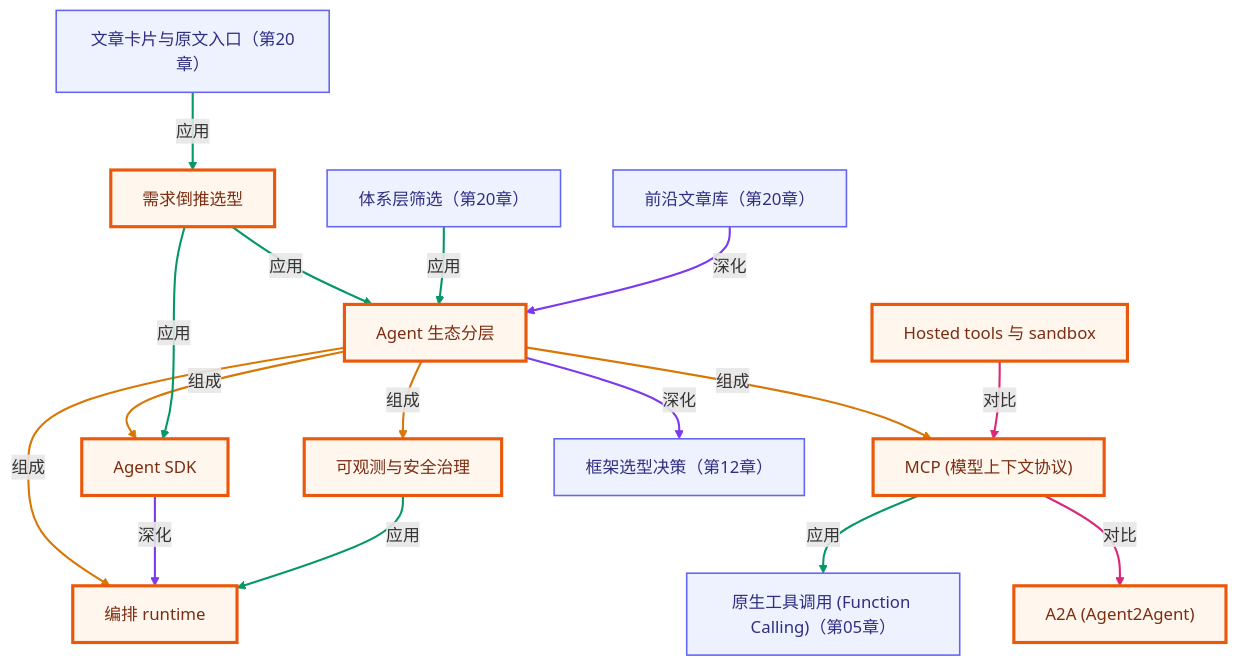
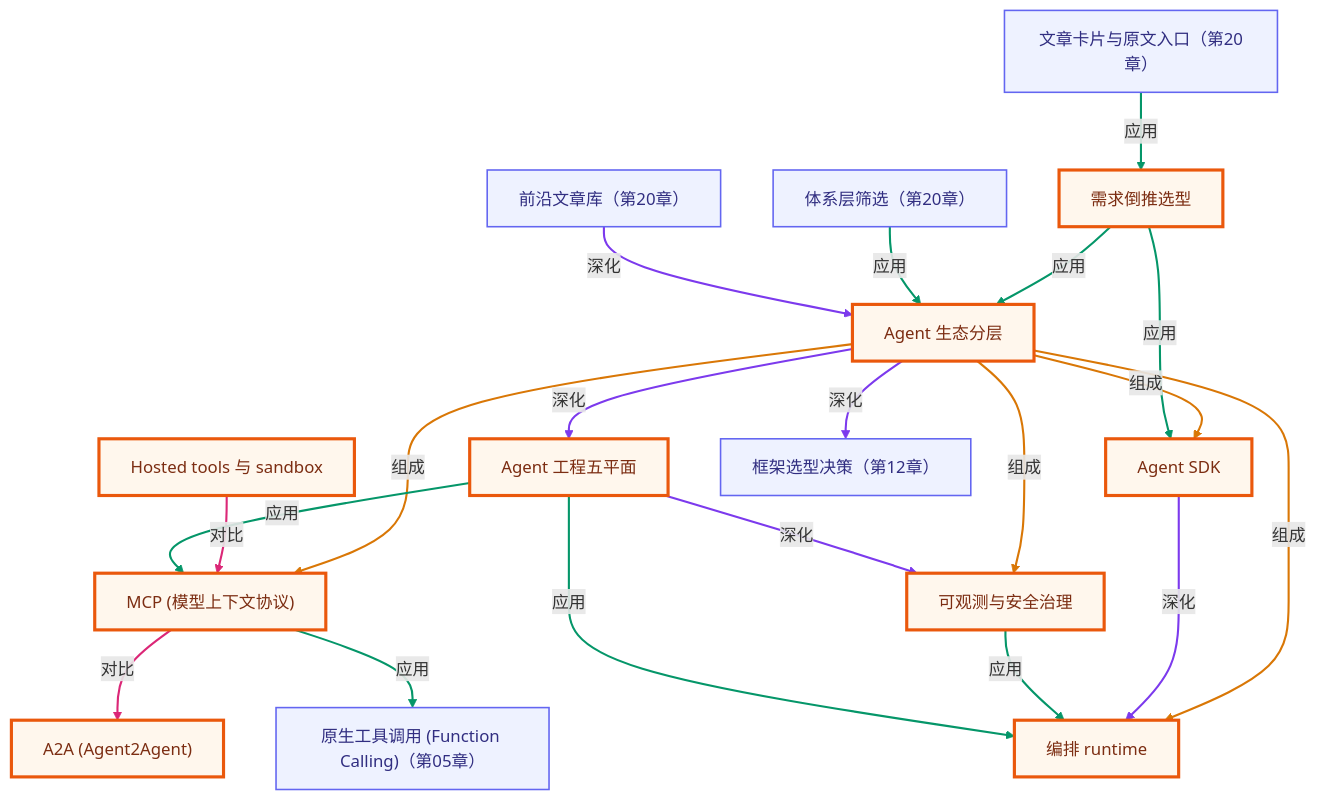
Before and after one commit to songuu/agent: the fourth of 4 diagrams in lessons/19-agent-ecosystem-and-frontier/README.md, drawn with Mermaid. The commit also changed other lines of this file and 36 other files, not shown here.

First line of the commit message:
feat(docs): introduce 2026 Agent trends and architecture framework

````diff
--- a/lessons/19-agent-ecosystem-and-frontier/README.md
+++ b/lessons/19-agent-ecosystem-and-frontier/README.md
@@ -418,50 +455,59 @@
 ```mermaid
 graph TB
   classDef own fill:#fff7ed,stroke:#ea580c,stroke-width:3px,color:#7c2d12;
   classDef cross fill:#eef2ff,stroke:#6366f1,stroke-width:1.5px,color:#312e81;
   n_c19_ecosystem_layers["Agent 生态分层"]
+  n_c19_five_plane_architecture["Agent 工程五平面"]
   n_c19_mcp["MCP (模型上下文协议)"]
   n_c19_a2a["A2A (Agent2Agent)"]
   n_c19_agent_sdk["Agent SDK"]
   n_c19_orchestration_runtime["编排 runtime"]
   n_c19_hosted_tools["Hosted tools 与 sandbox"]
   n_c19_stack_selection["需求倒推选型"]
   n_c19_governance["可观测与安全治理"]
   n_c20_layer_filter["体系层筛选（第20章）"]
   n_c20_article_detail["文章卡片与原文入口（第20章）"]
   n_c12_framework_choice["框架选型决策（第12章）"]
   n_c05_native_tool_use["原生工具调用 (Function Calling)（第05章）"]
   n_c20_news_archive["前沿文章库（第20章）"]
   n_c19_ecosystem_layers -->|组成| n_c19_mcp
   n_c19_ecosystem_layers -->|组成| n_c19_agent_sdk
   n_c19_ecosystem_layers -->|组成| n_c19_orchestration_runtime
   n_c19_ecosystem_layers -->|组成| n_c19_governance
   n_c19_mcp -->|对比| n_c19_a2a
   n_c19_agent_sdk -->|深化| n_c19_orchestration_runtime
   n_c19_hosted_tools -->|对比| n_c19_mcp
   n_c19_stack_selection -->|应用| n_c19_ecosystem_layers
   n_c19_stack_selection -->|应用| n_c19_agent_sdk
   n_c19_governance -->|应用| n_c19_orchestration_runtime
+  n_c19_ecosystem_layers -->|深化| n_c19_five_plane_architecture
+  n_c19_five_plane_architecture -->|应用| n_c19_orchestration_runtime
+  n_c19_five_plane_architecture -->|应用| n_c19_mcp
+  n_c19_five_plane_architecture -->|深化| n_c19_governance
   n_c20_layer_filter -->|应用| n_c19_ecosystem_layers
   n_c20_article_detail -->|应用| n_c19_stack_selection
   n_c19_ecosystem_layers -->|深化| n_c12_framework_choice
   n_c19_mcp -->|应用| n_c05_native_tool_use
   n_c20_news_archive -->|深化| n_c19_ecosystem_layers
-  class n_c19_ecosystem_layers,n_c19_mcp,n_c19_a2a,n_c19_agent_sdk,n_c19_orchestration_runtime,n_c19_hosted_tools,n_c19_stack_selection,n_c19_governance own;
+  class n_c19_ecosystem_layers,n_c19_five_plane_architecture,n_c19_mcp,n_c19_a2a,n_c19_agent_sdk,n_c19_orchestration_runtime,n_c19_hosted_tools,n_c19_stack_selection,n_c19_governance own;
   class n_c20_layer_filter,n_c20_article_detail,n_c12_framework_choice,n_c05_native_tool_use,n_c20_news_archive cross;
   linkStyle 0 stroke:#d97706,stroke-width:2px;
   linkStyle 1 stroke:#d97706,stroke-width:2px;
   linkStyle 2 stroke:#d97706,stroke-width:2px;
   linkStyle 3 stroke:#d97706,stroke-width:2px;
   linkStyle 4 stroke:#db2777,stroke-width:2px;
   linkStyle 5 stroke:#7c3aed,stroke-width:2px;
   linkStyle 6 stroke:#db2777,stroke-width:2px;
   linkStyle 7 stroke:#059669,stroke-width:2px;
   linkStyle 8 stroke:#059669,stroke-width:2px;
   linkStyle 9 stroke:#059669,stroke-width:2px;
-  linkStyle 10 stroke:#059669,stroke-width:2px;
+  linkStyle 10 stroke:#7c3aed,stroke-width:2px;
   linkStyle 11 stroke:#059669,stroke-width:2px;
-  linkStyle 12 stroke:#7c3aed,stroke-width:2px;
-  linkStyle 13 stroke:#059669,stroke-width:2px;
-  linkStyle 14 stroke:#7c3aed,stroke-width:2px;
+  linkStyle 12 stroke:#059669,stroke-width:2px;
+  linkStyle 13 stroke:#7c3aed,stroke-width:2px;
+  linkStyle 14 stroke:#059669,stroke-width:2px;
+  linkStyle 15 stroke:#059669,stroke-width:2px;
+  linkStyle 16 stroke:#7c3aed,stroke-width:2px;
+  linkStyle 17 stroke:#059669,stroke-width:2px;
+  linkStyle 18 stroke:#7c3aed,stroke-width:2px;
 ```
````
